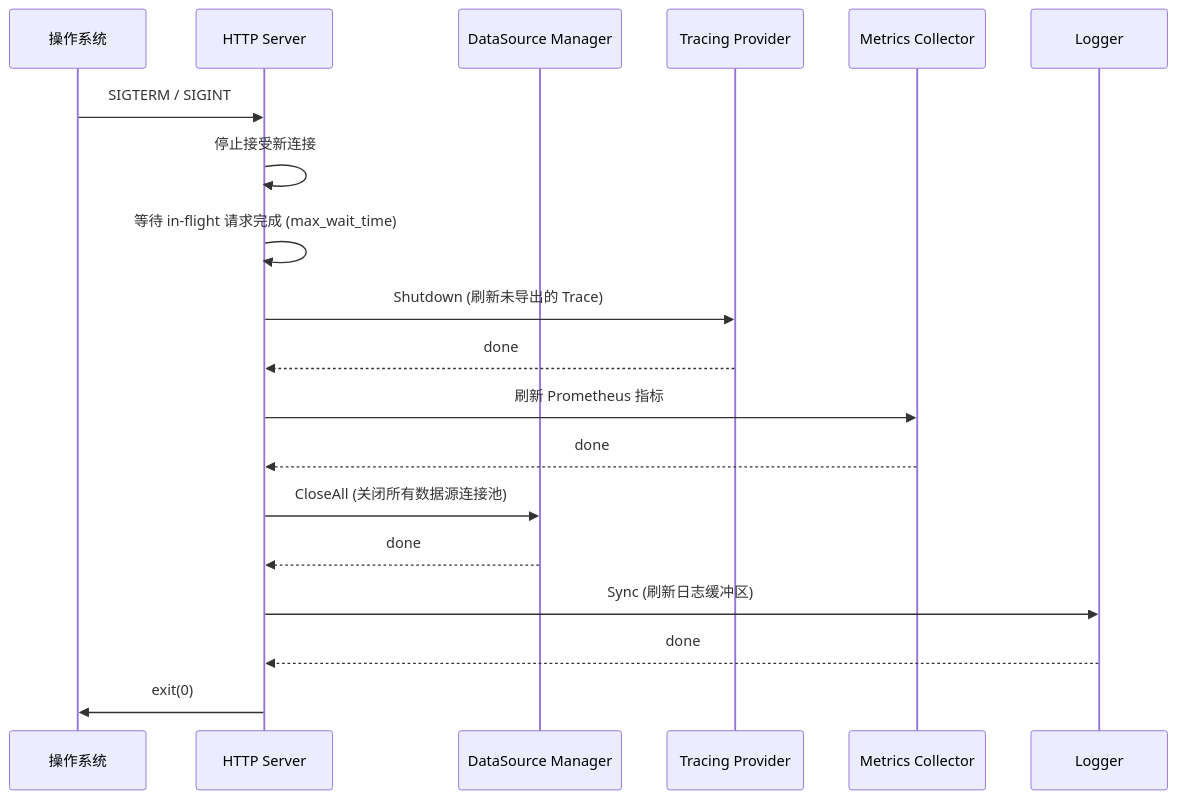
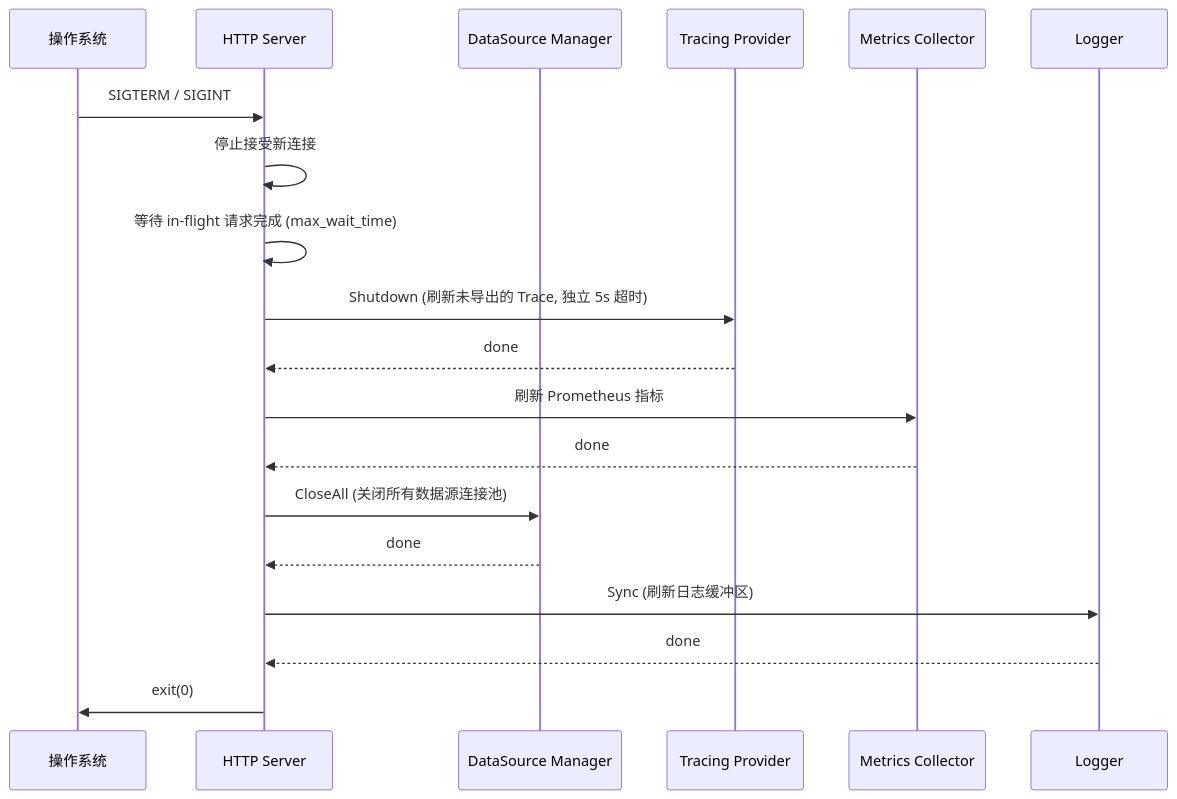
The fourth of 5 diagrams in .kiro/specs/graphql-multi-datasource-api/design.md (michaelwang123/mountainKing), drawn with Mermaid before and after one commit. The commit also changed other lines of this file, not shown here.

````diff
--- a/.kiro/specs/graphql-multi-datasource-api/design.md
+++ b/.kiro/specs/graphql-multi-datasource-api/design.md
@@ -150,22 +150,22 @@
 ```mermaid
 sequenceDiagram
     participant OS as 操作系统
     participant S as HTTP Server
     participant DSM as DataSource Manager
     participant TP as Tracing Provider
     participant MC as Metrics Collector
     participant L as Logger
 
     OS->>S: SIGTERM / SIGINT
     S->>S: 停止接受新连接
     S->>S: 等待 in-flight 请求完成 (max_wait_time)
-    S->>TP: Shutdown (刷新未导出的 Trace)
+    S->>TP: Shutdown (刷新未导出的 Trace, 独立 5s 超时)
     TP-->>S: done
     S->>MC: 刷新 Prometheus 指标
     MC-->>S: done
     S->>DSM: CloseAll (关闭所有数据源连接池)
     DSM-->>S: done
     S->>L: Sync (刷新日志缓冲区)
     L-->>S: done
     S->>OS: exit(0)
 ```
````
